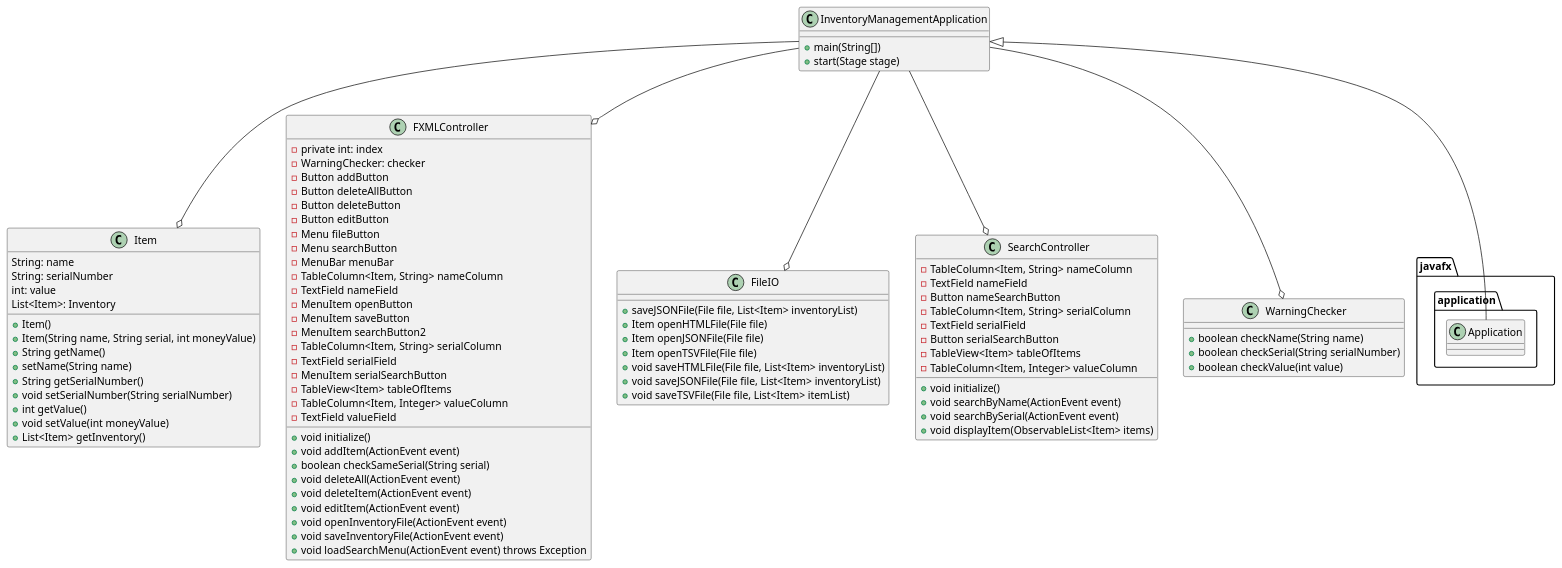
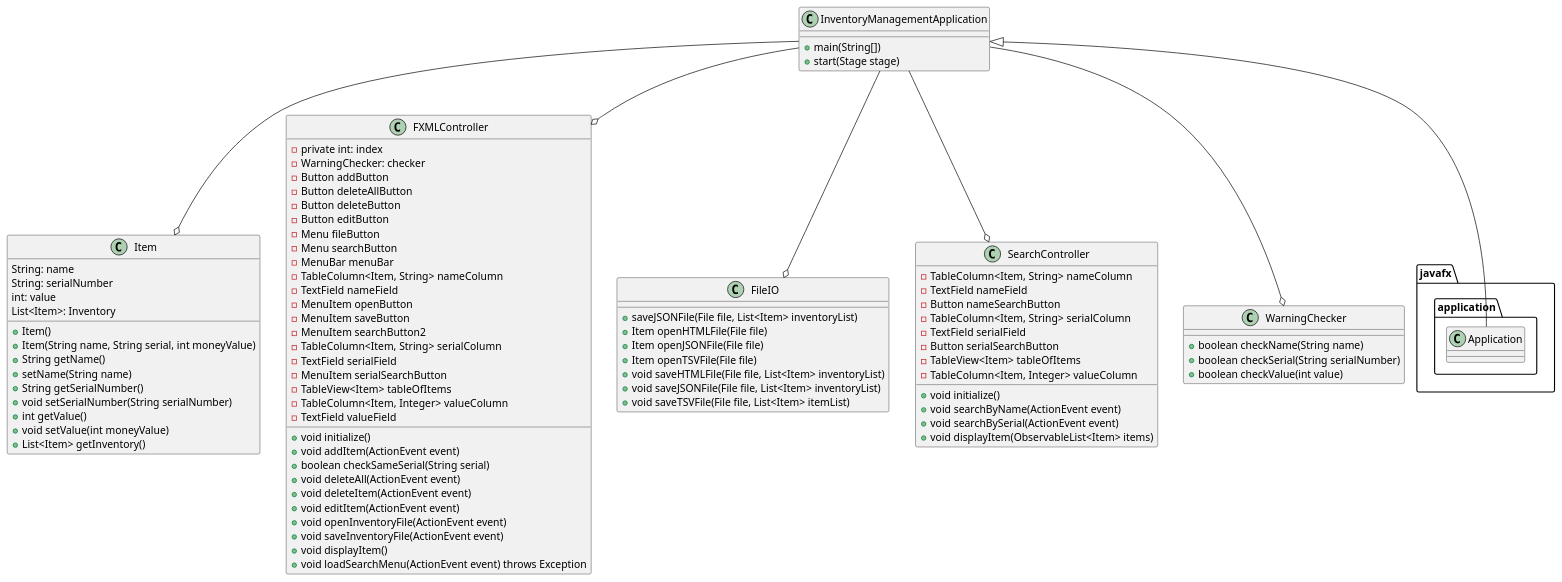
Before and after one commit to KatanaJohn/ashley-app2: the diagram in docs/InventoryApplicationUML.puml, drawn with PlantUML. The commit also changed 5 other files, not shown here.

```diff
--- a/docs/InventoryApplicationUML.puml
+++ b/docs/InventoryApplicationUML.puml
@@ -1,101 +1,102 @@
 @startuml
 'https://plantuml.com/sequence-diagram
 
 class InventoryManagementApplication
 {
     +main(String[])
     +start(Stage stage)
 }
 
 class Item
 {
 String: name
 String: serialNumber
 int: value
 List<Item>: Inventory
 +Item()
 +Item(String name, String serial, int moneyValue)
 +String getName()
 +setName(String name)
 +String getSerialNumber()
 +void setSerialNumber(String serialNumber)
 +int getValue()
 +void setValue(int moneyValue)
 +List<Item> getInventory()
 }
 
 class FXMLController
 {
 - private int: index
 - WarningChecker: checker
 -Button addButton
 -Button deleteAllButton
 -Button deleteButton
 -Button editButton
 -Menu fileButton
 -Menu searchButton
 -MenuBar menuBar
 -TableColumn<Item, String> nameColumn
 -TextField nameField
 -MenuItem openButton
 -MenuItem saveButton
 -MenuItem searchButton2
 -TableColumn<Item, String> serialColumn
 -TextField serialField
 -MenuItem serialSearchButton
 -TableView<Item> tableOfItems
 -TableColumn<Item, Integer> valueColumn
 -TextField valueField
 +void initialize()
 +void addItem(ActionEvent event)
 +boolean checkSameSerial(String serial)
 +void deleteAll(ActionEvent event)
 +void deleteItem(ActionEvent event)
 +void editItem(ActionEvent event)
 +void openInventoryFile(ActionEvent event)
 +void saveInventoryFile(ActionEvent event)
++void displayItem()
 +void loadSearchMenu(ActionEvent event) throws Exception
 }
 
 class FileIO
 {
 +saveJSONFile(File file, List<Item> inventoryList)
 +Item openHTMLFile(File file)
 +Item openJSONFile(File file)
 +Item openTSVFile(File file)
 +void saveHTMLFile(File file, List<Item> inventoryList)
 +void saveJSONFile(File file, List<Item> inventoryList)
 +void saveTSVFile(File file, List<Item> itemList)
 }
 
 class SearchController
 {
 -TableColumn<Item, String> nameColumn
 -TextField nameField
 -Button nameSearchButton
 -TableColumn<Item, String> serialColumn
 -TextField serialField
 -Button serialSearchButton
 -TableView<Item> tableOfItems
 -TableColumn<Item, Integer> valueColumn
 +void initialize()
 +void searchByName(ActionEvent event)
 +void searchBySerial(ActionEvent event)
 +void displayItem(ObservableList<Item> items)
 
 }
 
 class WarningChecker
 {
 +boolean checkName(String name)
 +boolean checkSerial(String serialNumber)
 +boolean checkValue(int value)
 }
 
 InventoryManagementApplication --o Item
 InventoryManagementApplication --o FXMLController
 InventoryManagementApplication --o FileIO
 InventoryManagementApplication --o SearchController
 InventoryManagementApplication --o WarningChecker
 InventoryManagementApplication <|-- javafx.application.Application
 @enduml
```
